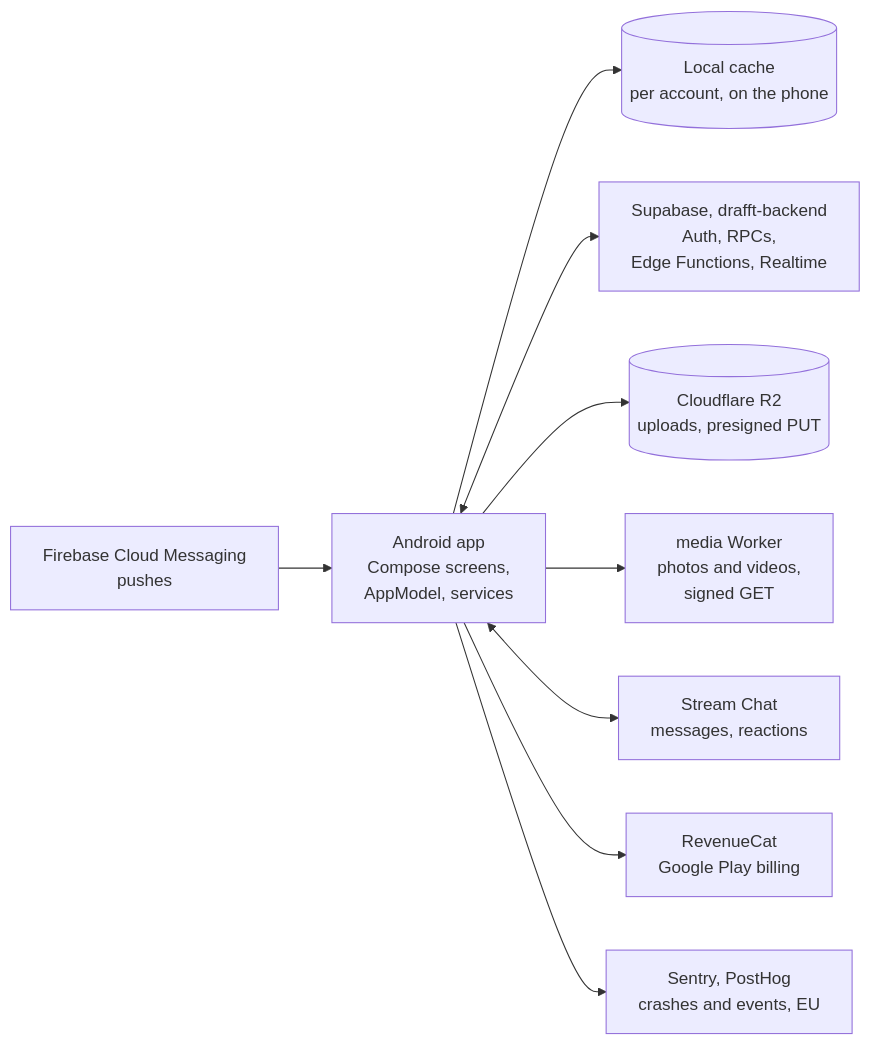
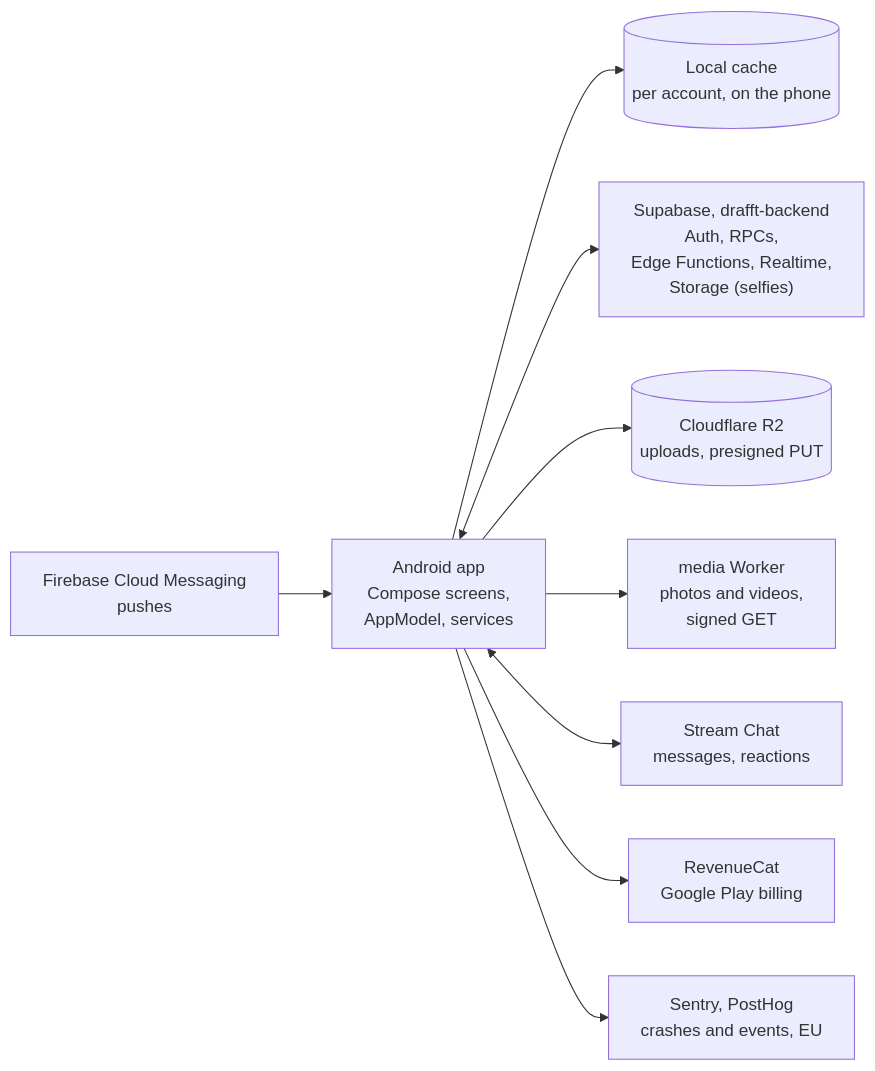
One commit to sylwaninn/drafft-android changed the diagram in README.md. Above: the diagram before and after it, drawn with Mermaid. The commit also changed other lines of this file and 1 other file, not shown here.

````diff
--- a/README.md
+++ b/README.md
@@ -47,12 +47,12 @@
 ```mermaid
 flowchart LR
   App["Android app<br/>Compose screens,<br/>AppModel, services"]
   App --> Cache[("Local cache<br/>per account, on the phone")]
-  App <--> Supabase["Supabase, drafft-backend<br/>Auth, RPCs,<br/>Edge Functions, Realtime"]
+  App <--> Supabase["Supabase, drafft-backend<br/>Auth, RPCs,<br/>Edge Functions, Realtime,<br/>Storage (selfies)"]
   App --> R2[("Cloudflare R2<br/>uploads, presigned PUT")]
   App --> Worker["media Worker<br/>photos and videos,<br/>signed GET"]
   App <--> Stream["Stream Chat<br/>messages, reactions"]
   Push["Firebase Cloud Messaging<br/>pushes"] --> App
   App --> RevenueCat["RevenueCat<br/>Google Play billing"]
   App --> Telemetry["Sentry, PostHog<br/>crashes and events, EU"]
 ```
````
